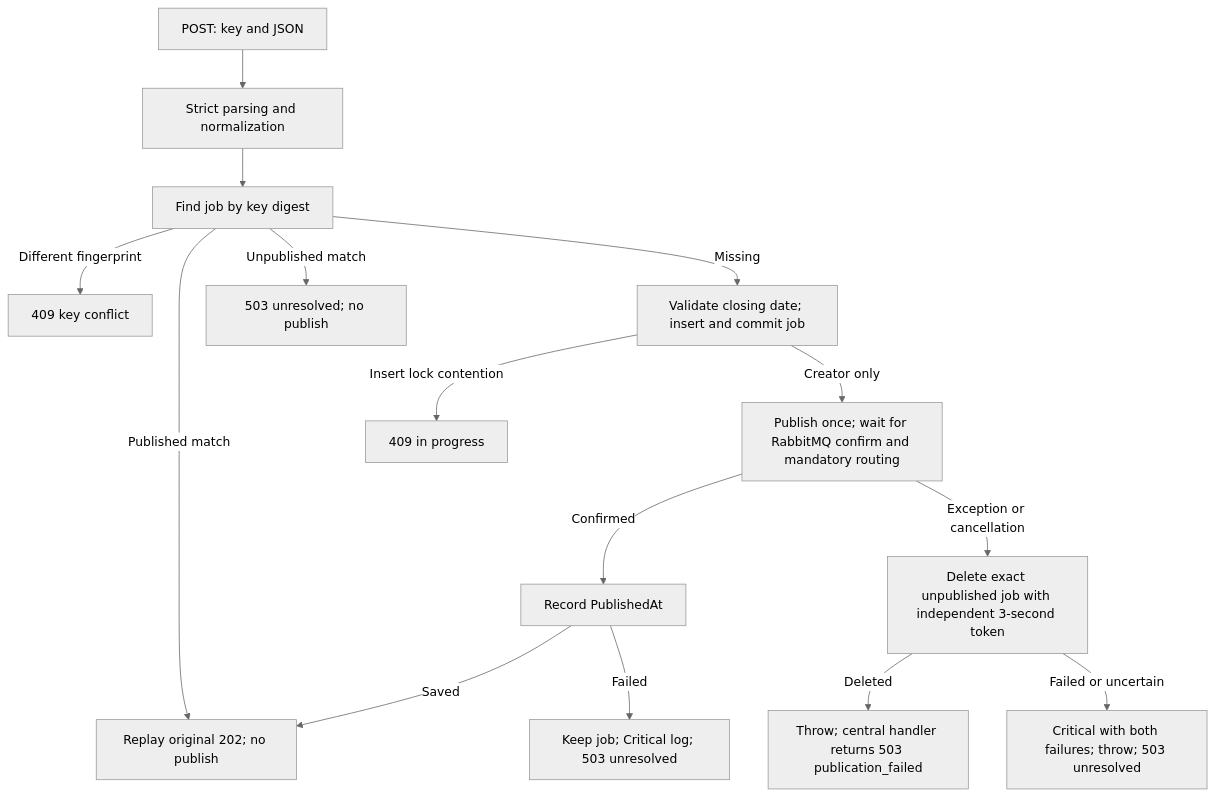
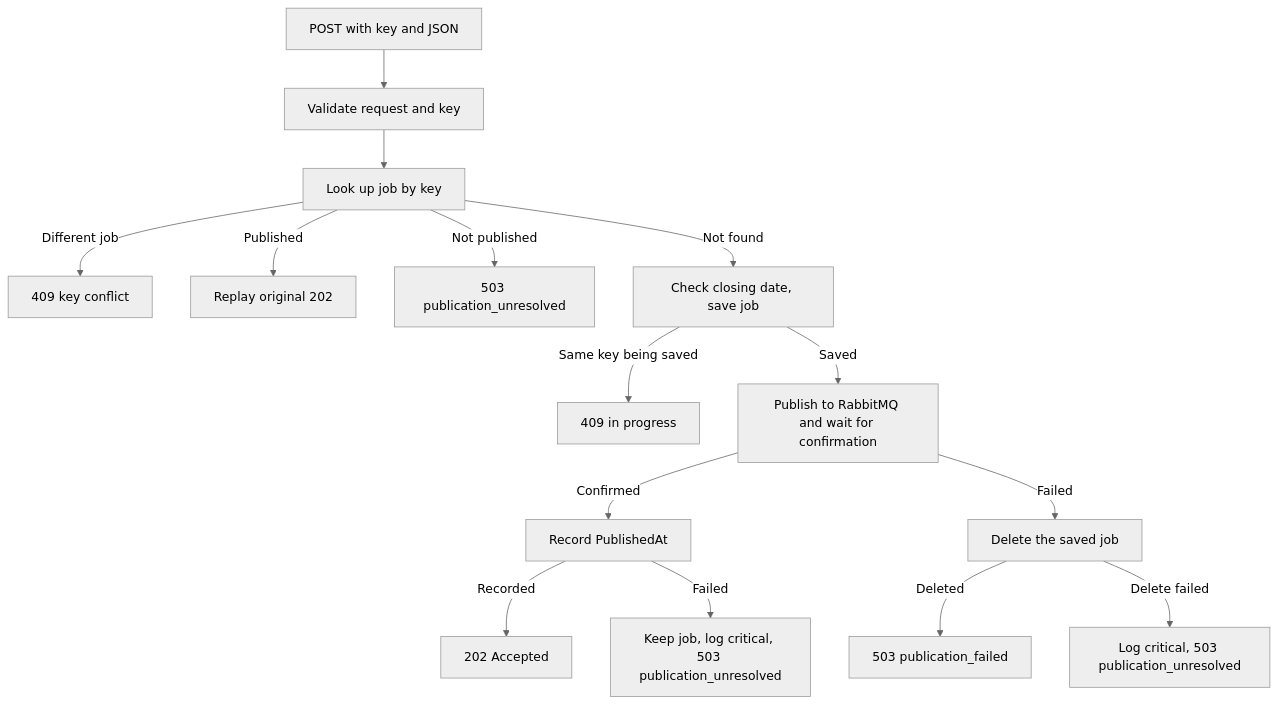
One commit to samanis/job-posting-app changed the diagram in API/job-posting-api/src/JobPosting.Api/docs/post-workflow.md. Above: the diagram before and after it, drawn with Mermaid (neutral theme). The commit also changed other lines of this file and 10 other files, not shown here.

````diff
--- a/API/job-posting-api/src/JobPosting.Api/docs/post-workflow.md
+++ b/API/job-posting-api/src/JobPosting.Api/docs/post-workflow.md
@@ -5,17 +7,17 @@
 ```mermaid
 flowchart TD
-    A[POST: key and JSON] --> B[Strict parsing and normalization]
-    B --> C[Find job by key digest]
-    C -->|Different fingerprint| X[409 key conflict]
-    C -->|Published match| R[Replay original 202; no publish]
-    C -->|Unpublished match| U[503 unresolved; no publish]
-    C -->|Missing| D[Validate closing date; insert and commit job]
-    D -->|Insert lock contention| I[409 in progress]
-    D -->|Creator only| E[Publish once; wait for RabbitMQ confirm and mandatory routing]
+    A[POST with key and JSON] --> B[Validate request and key]
+    B --> C[Look up job by key]
+    C -->|Different job| X[409 key conflict]
+    C -->|Published| R[Replay original 202]
+    C -->|Not published| U[503 publication_unresolved]
+    C -->|Not found| D[Check closing date, save job]
+    D -->|Same key being saved| I[409 in progress]
+    D -->|Saved| E[Publish to RabbitMQ and wait for confirmation]
     E -->|Confirmed| F[Record PublishedAt]
-    F -->|Saved| R
-    F -->|Failed| G[Keep job; Critical log; 503 unresolved]
-    E -->|Exception or cancellation| H[Delete exact unpublished job with independent 3-second token]
-    H -->|Deleted| J[Throw; central handler returns 503 publication_failed]
-    H -->|Failed or uncertain| K[Critical with both failures; throw; 503 unresolved]
+    F -->|Recorded| OK[202 Accepted]
+    F -->|Failed| G[Keep job, log critical, 503 publication_unresolved]
+    E -->|Failed| H[Delete the saved job]
+    H -->|Deleted| J[503 publication_failed]
+    H -->|Delete failed| K[Log critical, 503 publication_unresolved]
 ```
````
